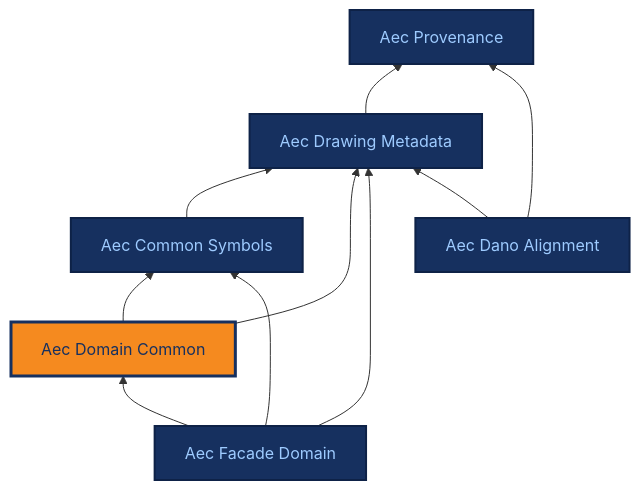
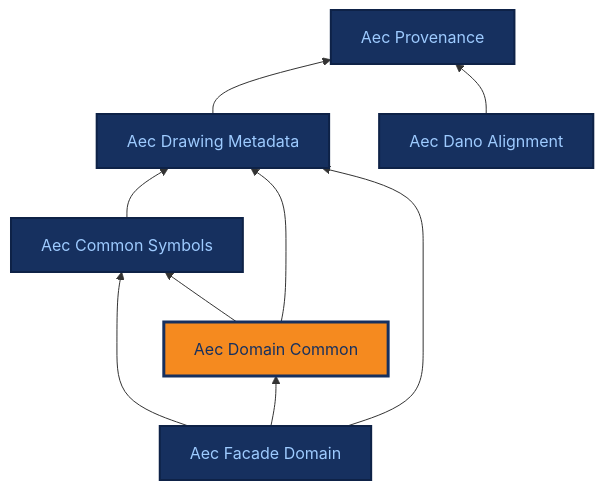
The diagram in docs/ontologies/aec_domain_common.md (BuroHappoldMachineLearning/ADIRO), drawn with Mermaid before and after one commit. The commit also changed 12 other files, not shown here.

First line of the commit message:
chore(aec_dano_alignment): drop the prefix and import left over from the withdrawn depicts mapping

````diff
--- a/docs/ontologies/aec_domain_common.md
+++ b/docs/ontologies/aec_domain_common.md
@@ -17,29 +17,28 @@
 ```mermaid
 %%{init: {"themeCSS": ".base .nodeLabel,.base .nodeLabel p,.base text,.base tspan{fill:#9ecbff !important;color:#9ecbff !important}.current .nodeLabel,.current .nodeLabel p,.current text,.current tspan{fill:#16305f !important;color:#16305f !important}"} }%%
 graph BT
     aec_provenance["Aec Provenance"]
     aec_drawing_metadata["Aec Drawing Metadata"]
     aec_common_symbols["Aec Common Symbols"]
     aec_domain_common["Aec Domain Common"]
     aec_facade_domain["Aec Facade Domain"]
     aec_dano_alignment["Aec Dano Alignment"]
     aec_drawing_metadata --> aec_provenance
     aec_common_symbols --> aec_drawing_metadata
     aec_domain_common --> aec_common_symbols
     aec_domain_common --> aec_drawing_metadata
     aec_facade_domain --> aec_common_symbols
     aec_facade_domain --> aec_domain_common
     aec_facade_domain --> aec_drawing_metadata
-    aec_dano_alignment --> aec_drawing_metadata
     aec_dano_alignment --> aec_provenance
     click aec_provenance "../aec_provenance/" "Aec Provenance reference page"
     click aec_drawing_metadata "../aec_drawing_metadata/" "Aec Drawing Metadata reference page"
     click aec_common_symbols "../aec_common_symbols/" "Aec Common Symbols reference page"
     click aec_domain_common "../aec_domain_common/" "Aec Domain Common reference page"
     click aec_facade_domain "../aec_facade_domain/" "Aec Facade Domain reference page"
     click aec_dano_alignment "../aec_dano_alignment/" "Aec Dano Alignment reference page"
     classDef base fill:#16305f,stroke:#0e2247,stroke-width:2px,color:#9ecbff;
     class aec_provenance,aec_drawing_metadata,aec_common_symbols,aec_facade_domain,aec_dano_alignment base;
     classDef current fill:#f58a1f,stroke:#16305f,stroke-width:3px,color:#16305f;
     class aec_domain_common current;
 ```
````
